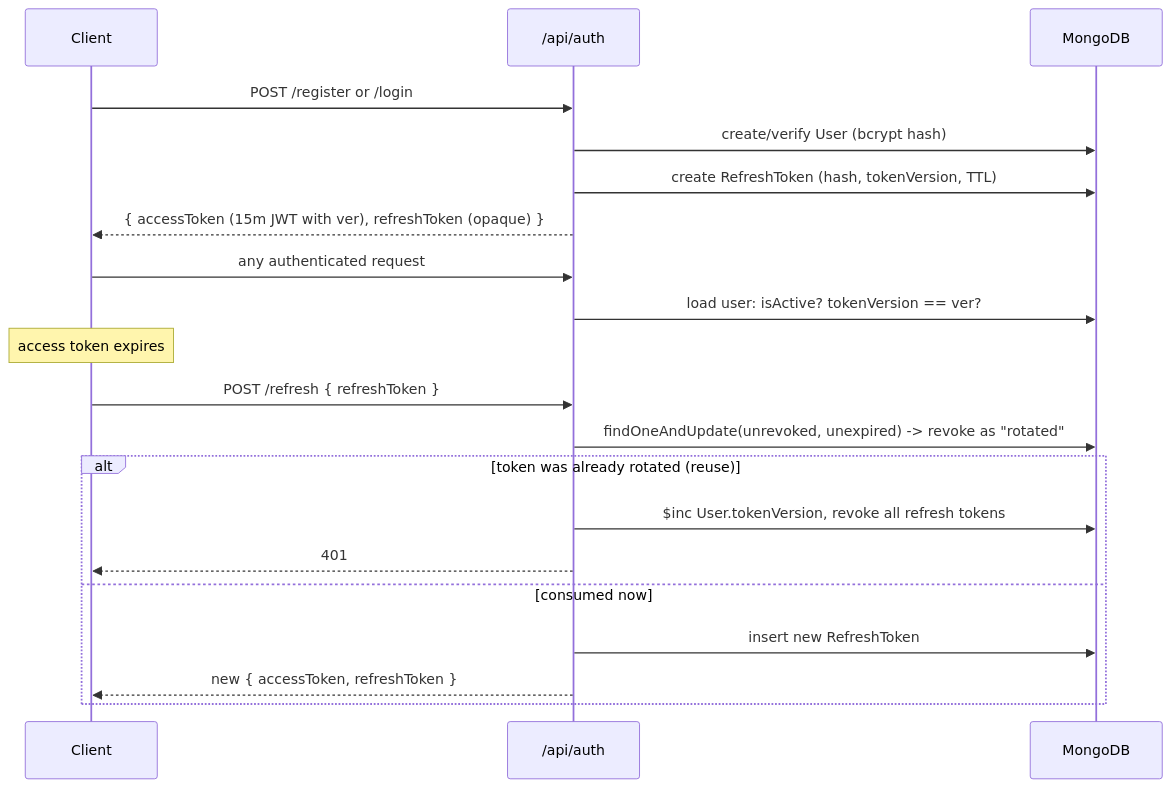
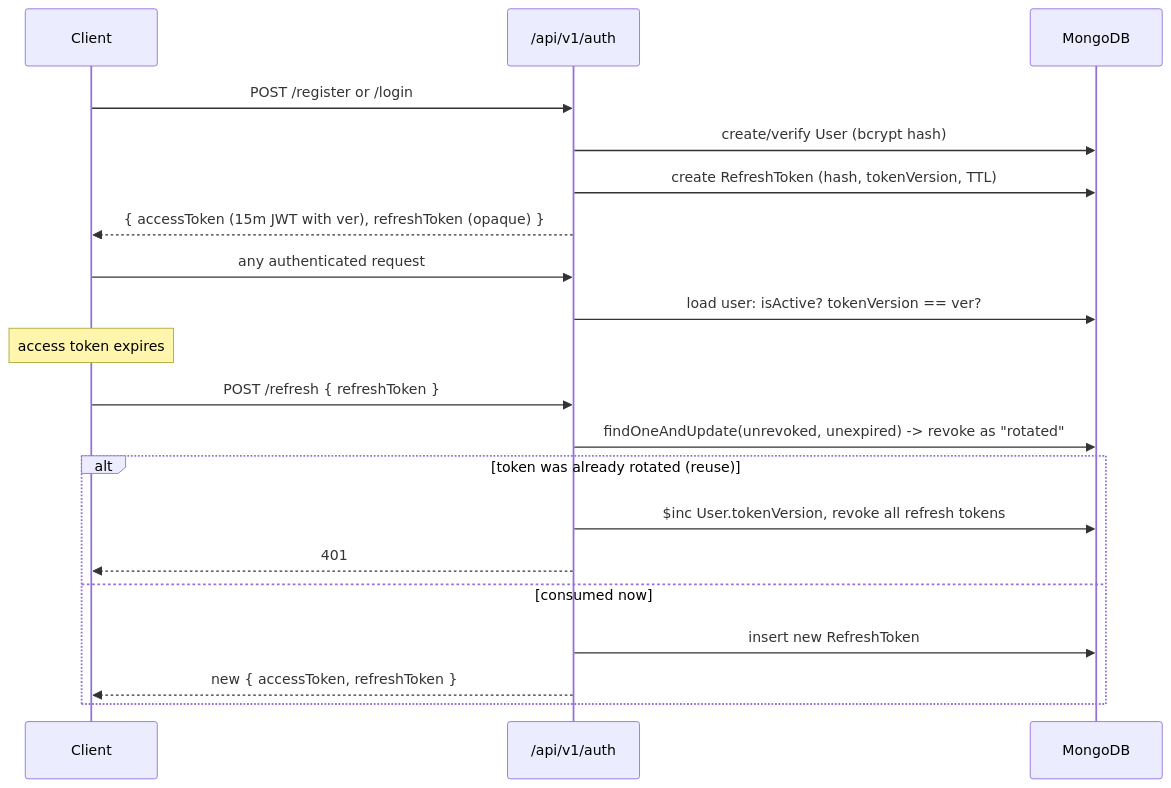
One commit to mohatab/recruitment-investment-api changed the second of 4 diagrams in docs/ARCHITECTURE.md. Above: the diagram before and after it, drawn with Mermaid. The commit also changed other lines of this file and 79 other files, not shown here.

````diff
--- a/docs/ARCHITECTURE.md
+++ b/docs/ARCHITECTURE.md
@@ -61,25 +61,25 @@
 ```mermaid
 sequenceDiagram
     participant C as Client
-    participant Auth as /api/auth
+    participant Auth as /api/v1/auth
     participant DB as MongoDB
 
     C->>Auth: POST /register or /login
     Auth->>DB: create/verify User (bcrypt hash)
     Auth->>DB: create RefreshToken (hash, tokenVersion, TTL)
     Auth-->>C: { accessToken (15m JWT with ver), refreshToken (opaque) }
 
     C->>Auth: any authenticated request
     Auth->>DB: load user: isActive? tokenVersion == ver?
 
     Note over C: access token expires
     C->>Auth: POST /refresh { refreshToken }
     Auth->>DB: findOneAndUpdate(unrevoked, unexpired) -> revoke as "rotated"
     alt token was already rotated (reuse)
         Auth->>DB: $inc User.tokenVersion, revoke all refresh tokens
         Auth-->>C: 401
     else consumed now
         Auth->>DB: insert new RefreshToken
         Auth-->>C: new { accessToken, refreshToken }
     end
 ```
````
